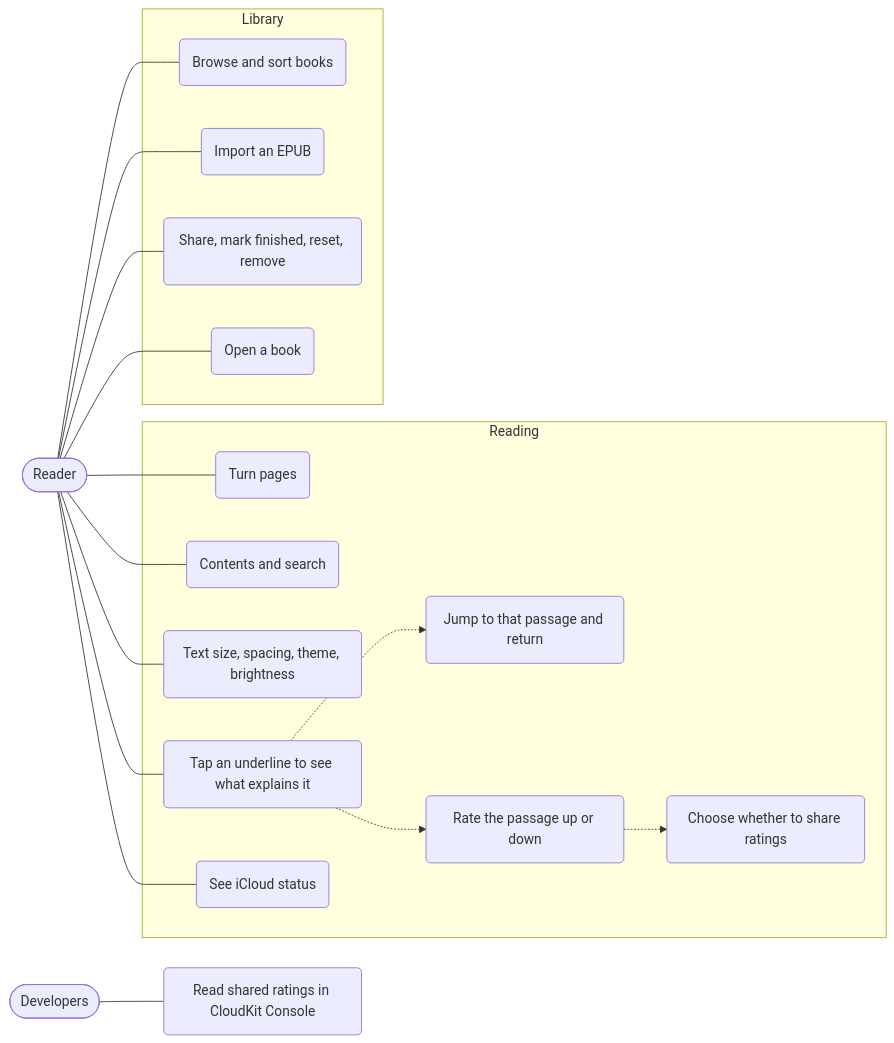
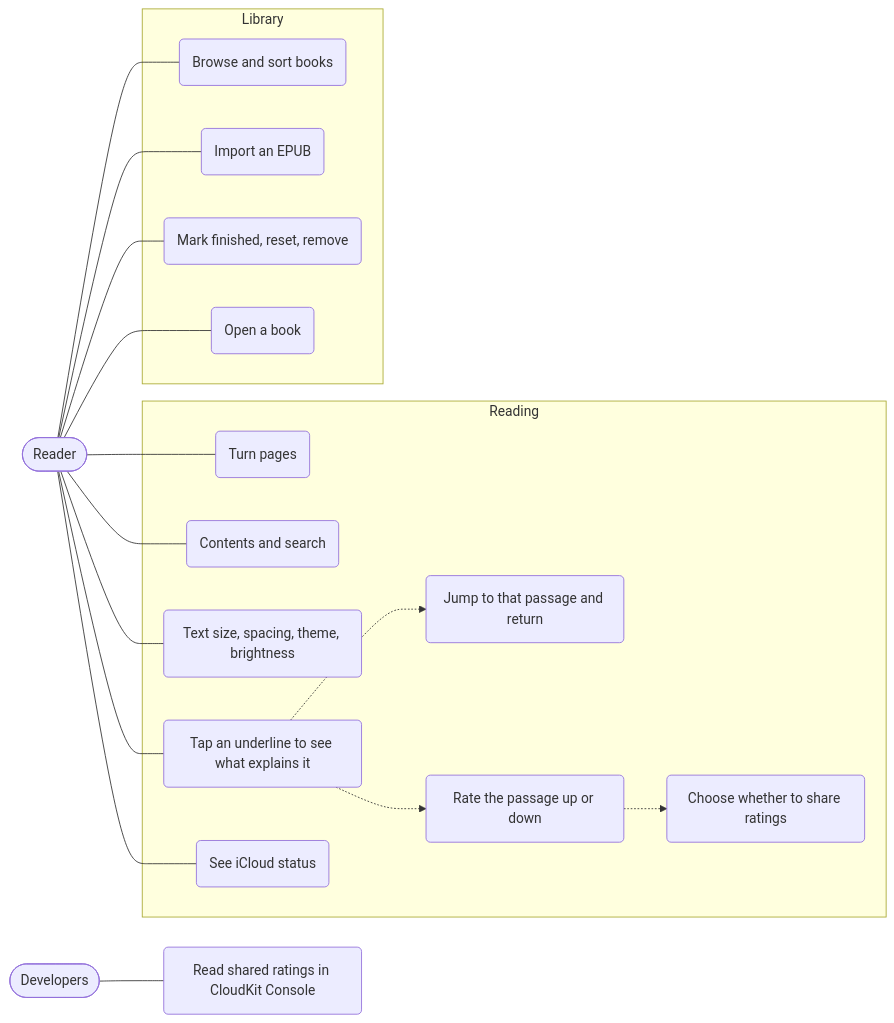
Before and after one commit to AftrHours/iRead: the diagram in docs/diagrams/01-use-cases.mmd, drawn with Mermaid. The commit also changed 9 other files, not shown here.

```diff
--- a/docs/diagrams/01-use-cases.mmd
+++ b/docs/diagrams/01-use-cases.mmd
@@ -1,37 +1,37 @@
 flowchart LR
   reader([Reader])
   devs([Developers])
 
   subgraph Library
     U1(Browse and sort books)
     U2(Import an EPUB)
-    U3(Share, mark finished, reset, remove)
+    U3(Mark finished, reset, remove)
     U4(Open a book)
   end
 
   subgraph Reading
     U5(Turn pages)
     U6(Contents and search)
     U7(Text size, spacing, theme, brightness)
     U8(Tap an underline to see what explains it)
     U9(Jump to that passage and return)
     U10(Rate the passage up or down)
     U11(Choose whether to share ratings)
     U12(See iCloud status)
   end
 
   U13(Read shared ratings in CloudKit Console)
 
   reader --- U1
   reader --- U2
   reader --- U3
   reader --- U4
   reader --- U5
   reader --- U6
   reader --- U7
   reader --- U8
   reader --- U12
   U8 -.-> U9
   U8 -.-> U10
   U10 -.-> U11
   devs --- U13
```
